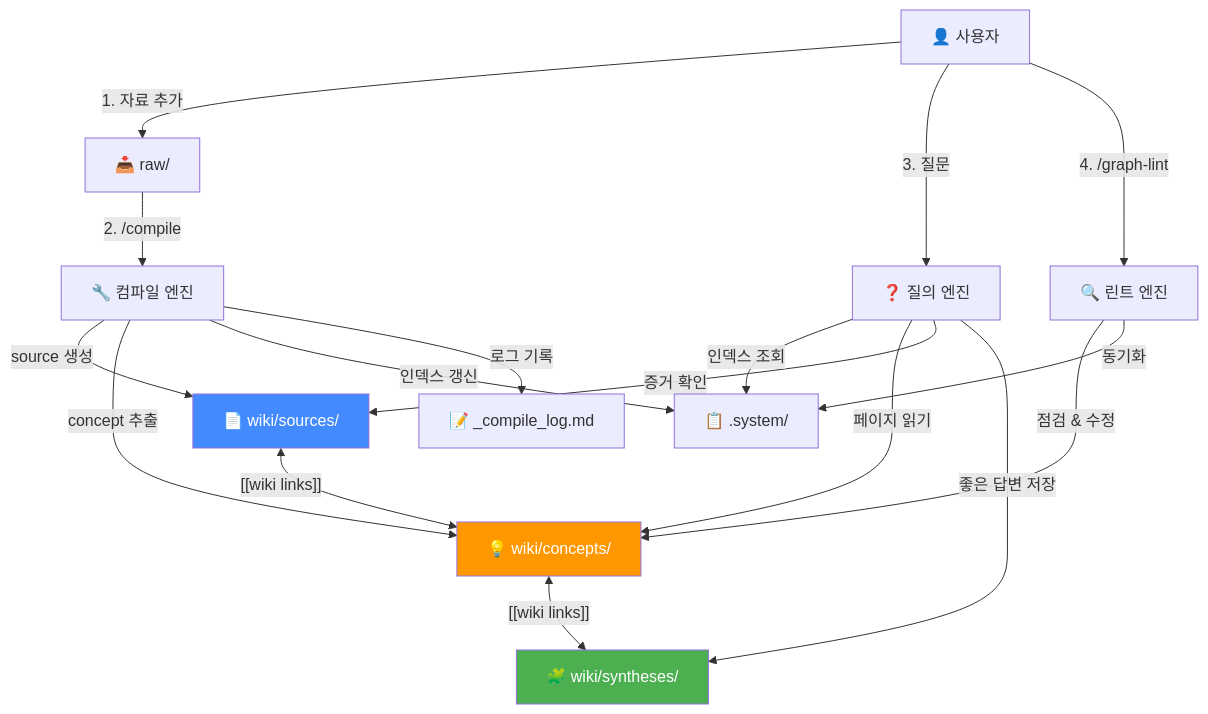
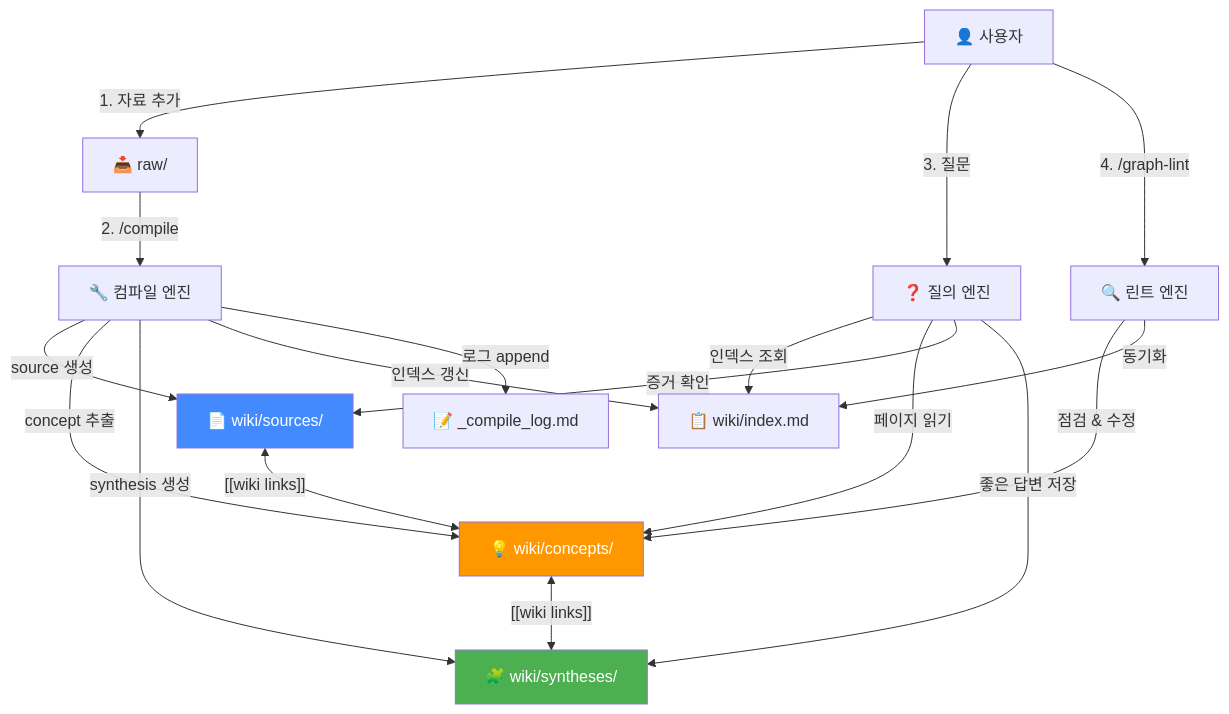
The tenth of 10 diagrams in docs/vault-system-guide.md (bjw202/Vault), drawn with Mermaid before and after one commit. The commit also changed other lines of this file and 6 other files, not shown here.

````diff
--- a/docs/vault-system-guide.md
+++ b/docs/vault-system-guide.md
@@ -365,27 +351,28 @@
 ```mermaid
 flowchart TB
     USER["👤 사용자"] -->|"1. 자료 추가"| RAW["📥 raw/"]
     RAW -->|"2. /compile"| COMPILE["🔧 컴파일 엔진"]
 
     COMPILE -->|"source 생성"| SOURCES["📄 wiki/sources/"]
     COMPILE -->|"concept 추출"| CONCEPTS["💡 wiki/concepts/"]
-    COMPILE -->|"인덱스 갱신"| INDEX["📋 .system/"]
-    COMPILE -->|"로그 기록"| LOG["📝 _compile_log.md"]
+    COMPILE -->|"synthesis 생성"| SYNTHESES["🧩 wiki/syntheses/"]
+    COMPILE -->|"인덱스 갱신"| INDEX["📋 wiki/index.md"]
+    COMPILE -->|"로그 append"| LOG["📝 _compile_log.md"]
 
     USER -->|"3. 질문"| QA["❓ 질의 엔진"]
     QA -->|"인덱스 조회"| INDEX
     QA -->|"페이지 읽기"| CONCEPTS
     QA -->|"증거 확인"| SOURCES
-    QA -->|"좋은 답변 저장"| SYNTHESES["🧩 wiki/syntheses/"]
+    QA -->|"좋은 답변 저장"| SYNTHESES
 
     USER -->|"4. /graph-lint"| LINT["🔍 린트 엔진"]
     LINT -->|"점검 & 수정"| CONCEPTS
     LINT -->|"동기화"| INDEX
 
     SOURCES <-->|"[[wiki links]]"| CONCEPTS
     CONCEPTS <-->|"[[wiki links]]"| SYNTHESES
 
     style SOURCES fill:#448aff,color:#fff
     style CONCEPTS fill:#ff9800,color:#fff
     style SYNTHESES fill:#4caf50,color:#fff
 ```
````
